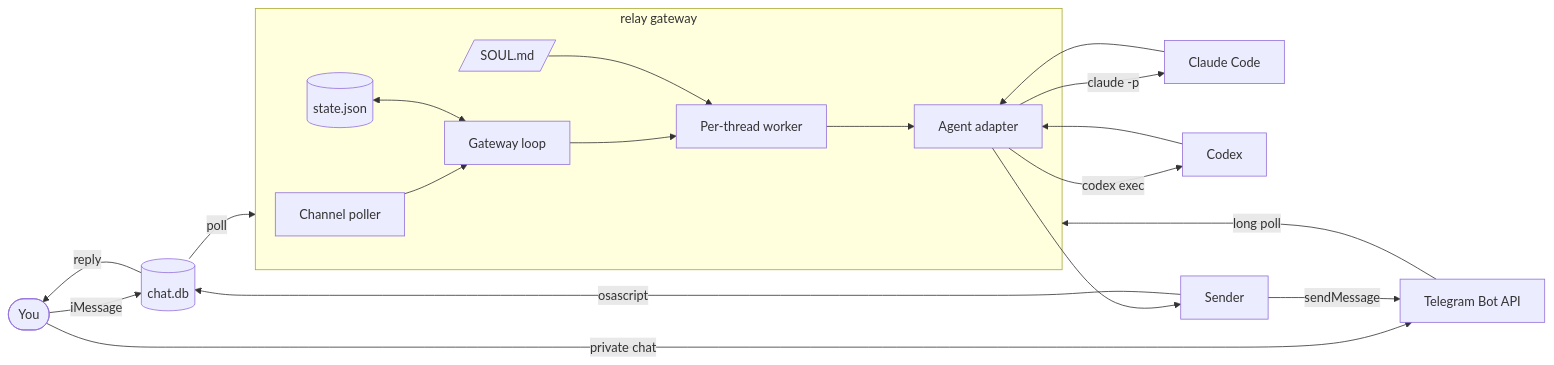
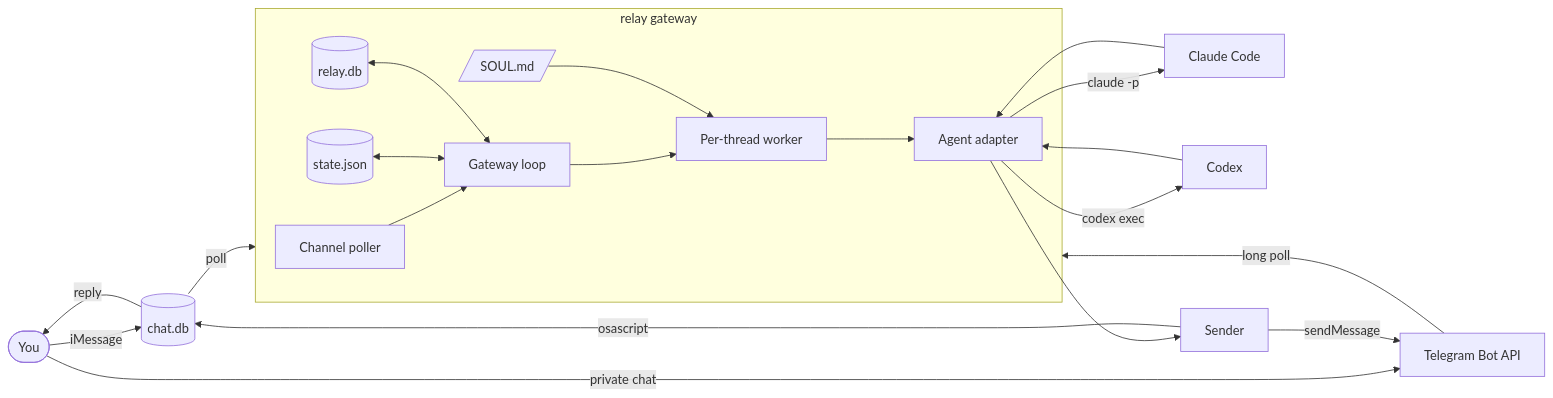
The first of 2 diagrams in docs/architecture.md (edheltzel/Relay), drawn with Mermaid before and after one commit. The commit also changed other lines of this file and 11 other files, not shown here.

````diff
--- a/docs/architecture.md
+++ b/docs/architecture.md
@@ -55,22 +56,23 @@
 ```mermaid
 flowchart LR
     user([You]) -->|iMessage| db[(chat.db)]
     user -->|private chat| tg[Telegram Bot API]
     db -->|poll| relay
     tg -->|long poll| relay
     subgraph relay[relay gateway]
         poller[Channel poller] --> gateway[Gateway loop]
         gateway --> worker[Per-thread worker]
         store[(state.json)] <--> gateway
+        history[(relay.db)] <--> gateway
         soul[/SOUL.md/] --> worker
         worker --> adapter[Agent adapter]
     end
     adapter -->|claude -p| claude[Claude Code]
     adapter -->|codex exec| codex[Codex]
     claude --> adapter
     codex --> adapter
     adapter --> sender[Sender]
     sender -->|osascript| db
     sender -->|sendMessage| tg
     db -->|reply| user
 ```
````
